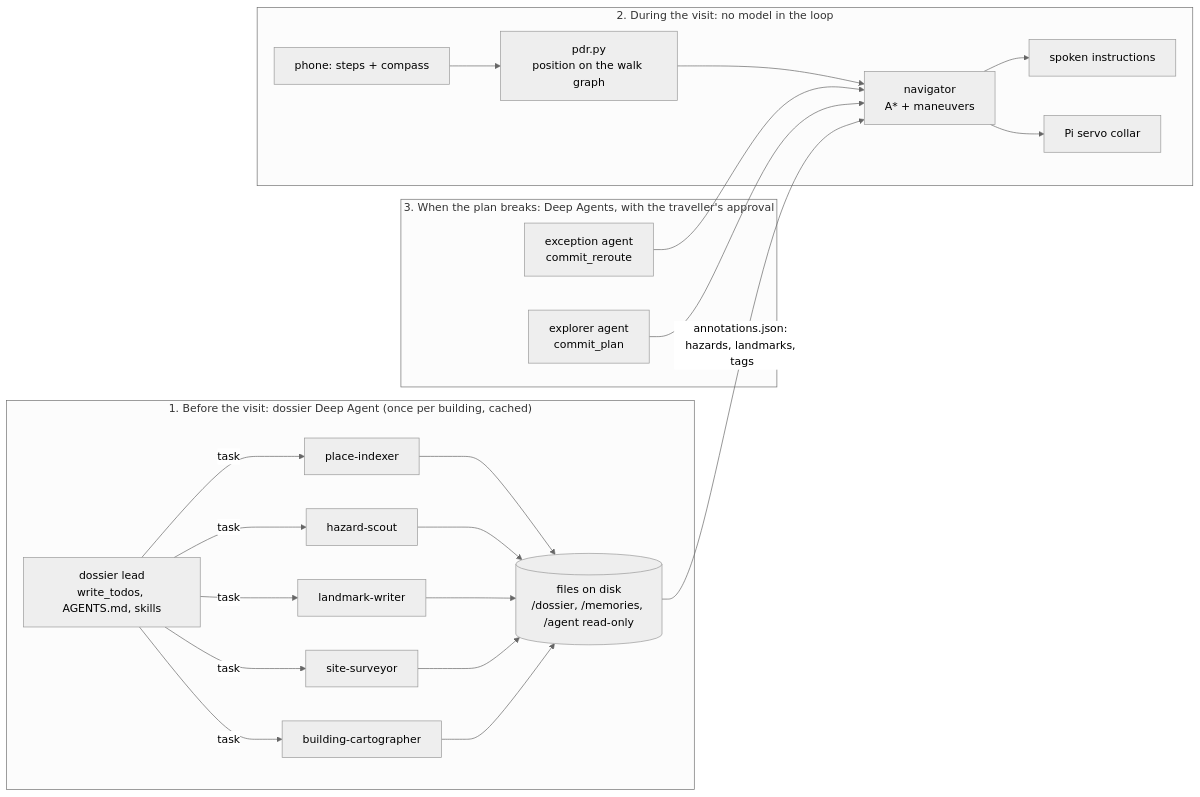
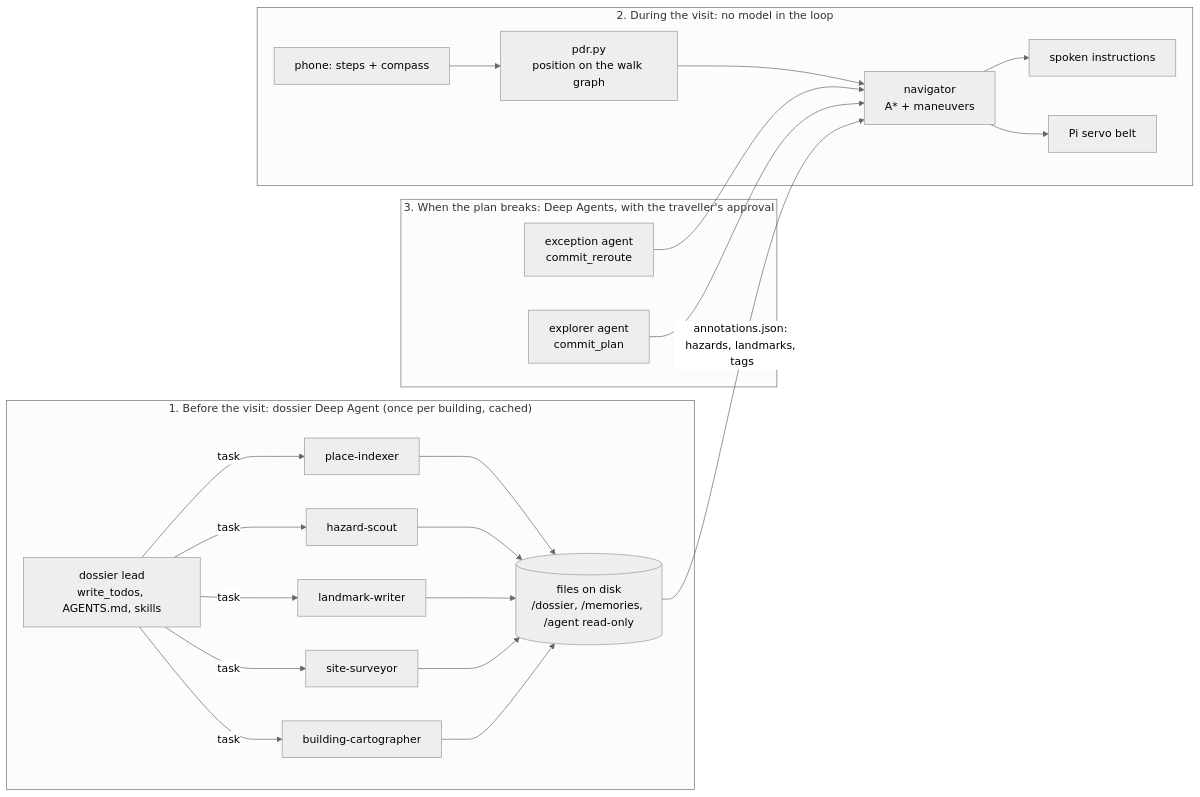
Before and after one commit to THEschildkrote/hackprinceton-26fa: the diagram in README.md, drawn with Mermaid (neutral theme). The commit also changed other lines of this file, not shown here.

Commit message:
README: the wearable is a belt with a pod on each hip, not a collar

````diff
--- a/README.md
+++ b/README.md
@@ -13,28 +13,28 @@
 ```mermaid
 flowchart LR
   subgraph offline["1. Before the visit: dossier Deep Agent (once per building, cached)"]
     lead["dossier lead<br/>write_todos, AGENTS.md, skills"]
     lead -->|task| idx["place-indexer"]
     lead -->|task| scout["hazard-scout"]
     lead -->|task| lm["landmark-writer"]
     lead -->|task| site["site-surveyor"]
     lead -->|task| carto["building-cartographer"]
     idx --> fs
     scout --> fs
     lm --> fs
     site --> fs
     carto --> fs
     fs[("files on disk<br/>/dossier, /memories, /agent read-only")]
   end
   subgraph live["2. During the visit: no model in the loop"]
     phone["phone: steps + compass"] --> pdr["pdr.py<br/>position on the walk graph"]
     pdr --> nav["navigator<br/>A* + maneuvers"]
     nav --> say["spoken instructions"]
-    nav --> band["Pi servo collar"]
+    nav --> band["Pi servo belt"]
   end
   subgraph exc["3. When the plan breaks: Deep Agents, with the traveller's approval"]
     ex["exception agent<br/>commit_reroute"] --> nav
     exp["explorer agent<br/>commit_plan"] --> nav
   end
   fs -->|annotations.json: hazards, landmarks, tags| nav
 ```
````
